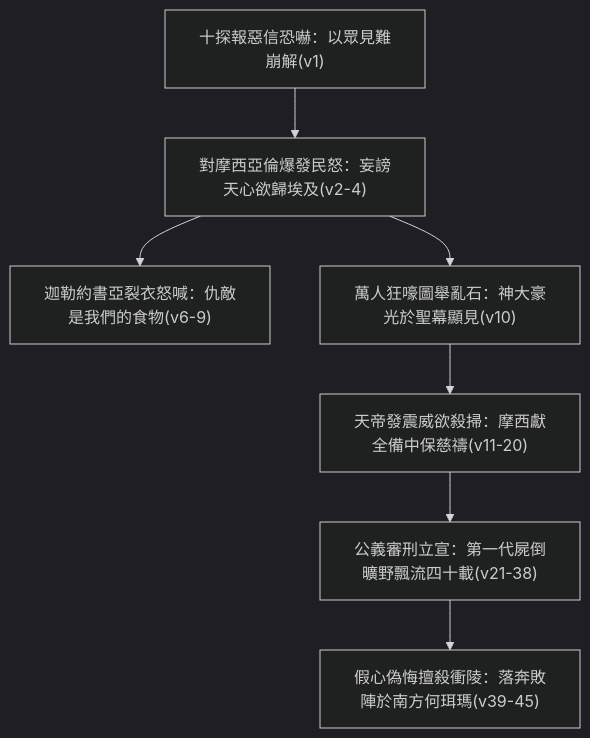
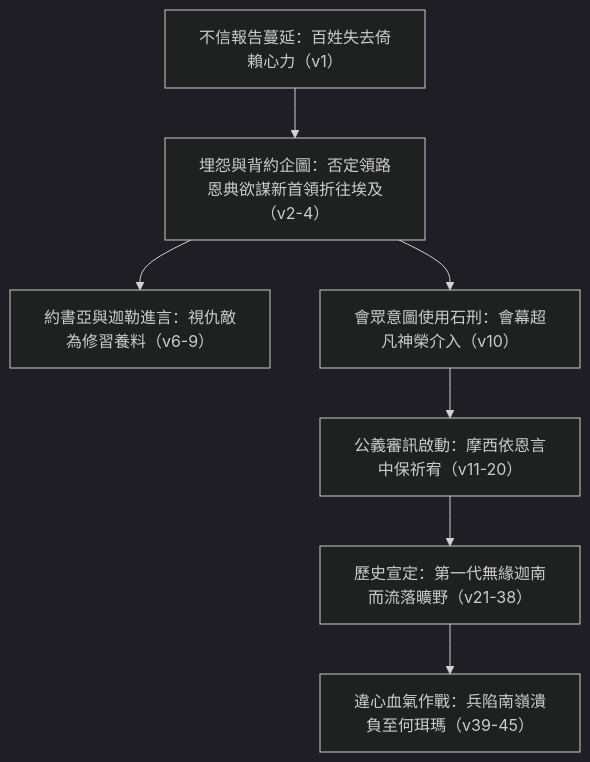
Before and after one commit to andyjr5566/Bible_wiki_zh: the diagram in 04 民數記/第14章.md, drawn with Mermaid (dark theme). The commit also changed other lines of this file and 24 other files, not shown here.

````diff
--- a/04 民數記/第14章.md
+++ b/04 民數記/第14章.md
@@ -93,9 +93,9 @@
 ```mermaid
 flowchart TD
-  A["十探報惡信恐嚇：以眾見難崩解(v1)"] --> B["對摩西亞倫爆發民怒：妄謗天心欲歸埃及(v2-4)"]
-  B --> C1["迦勒約書亞裂衣怒喊：仇敵是我們的食物(v6-9)"]
-  B --> C2["萬人狂嚎圖舉亂石：神大豪光於聖幕顯見(v10)"]
-  C2 --> D["天帝發震威欲殺掃：摩西獻全備中保慈禱(v11-20)"]
-  D --> E["公義審刑立宣：第一代屍倒曠野飄流四十載(v21-38)"]
-  E --> F["假心偽悔擅殺衝陵：落奔敗陣於南方何珥瑪(v39-45)"]
+    A["不信報告蔓延：百姓失去倚賴心力（v1）"] --> B["埋怨與背約企圖：否定領路恩典欲謀新首領折往埃及（v2-4）"]
+    B --> C1["約書亞與迦勒進言：視仇敵為修習養料（v6-9）"]
+    B --> C2["會眾意圖使用石刑：會幕超凡神榮介入（v10）"]
+    C2 --> D["公義審訊啟動：摩西依恩言中保祈宥（v11-20）"]
+    D --> E["歷史宣定：第一代無緣迦南而流落曠野（v21-38）"]
+    E --> F["違心血氣作戰：兵陷南嶺潰負至何珥瑪（v39-45）"]
 ```
````
